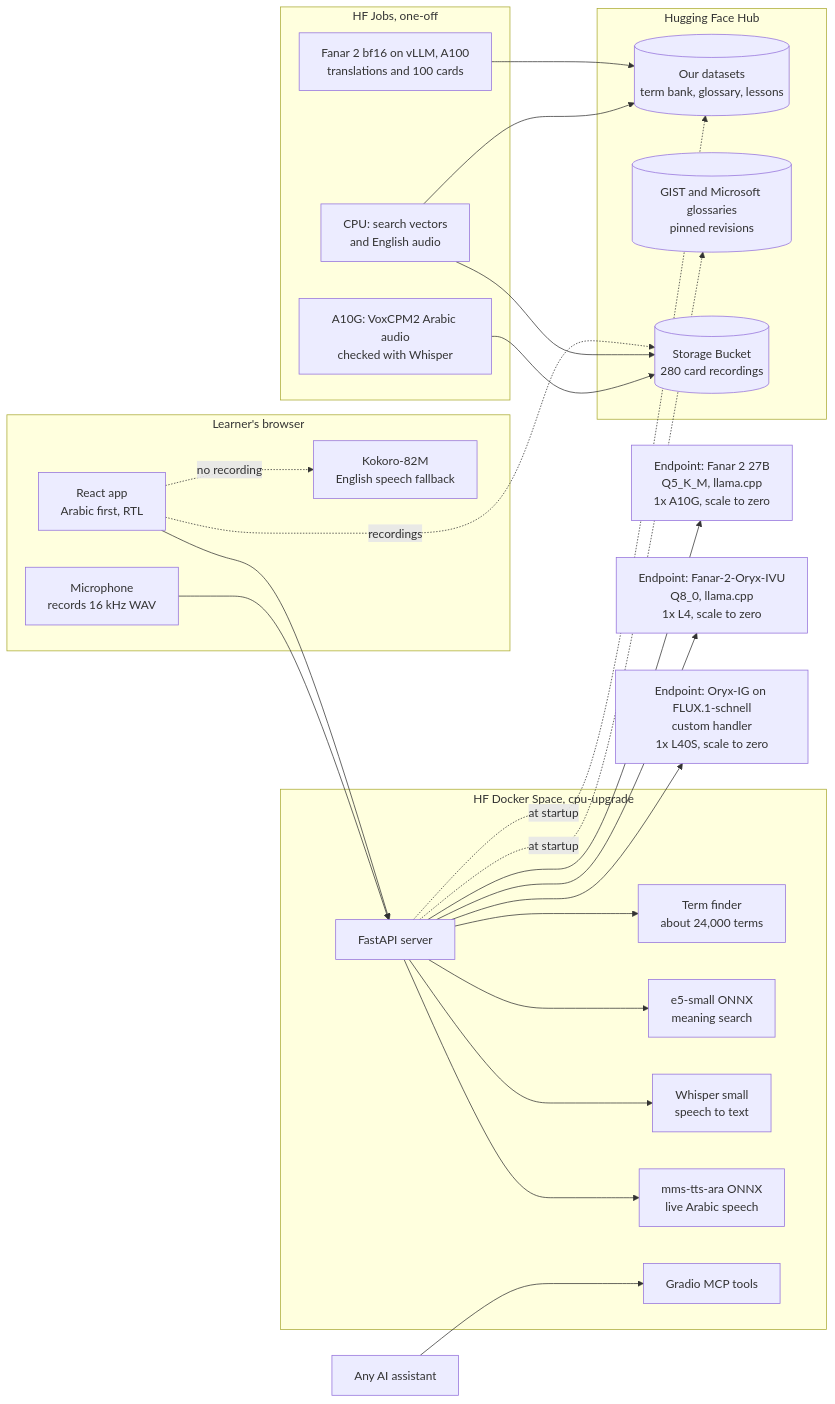
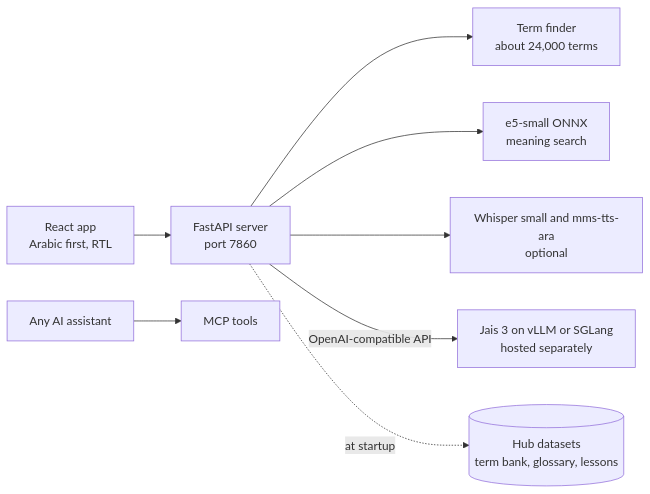
Before and after one commit to AshrafZohdi/arabize-hf: the diagram in README.md, drawn with Mermaid. The commit also changed other lines of this file and 82 other files, not shown here.

First line of the commit message:
Replace Fanar with Jais 3 and redesign the app for a product

````diff
--- a/README.md
+++ b/README.md
@@ -67,41 +60,10 @@
 ```mermaid
 flowchart LR
-  subgraph Browser["Learner's browser"]
-    UI[React app<br/>Arabic first, RTL]
-    MIC[Microphone<br/>records 16 kHz WAV]
-    KJS[Kokoro-82M<br/>English speech fallback]
-  end
-  EXT[Any AI assistant]
-  subgraph Space["HF Docker Space, cpu-upgrade"]
-    API[FastAPI server]
-    TF[Term finder<br/>about 24,000 terms]
-    E5[e5-small ONNX<br/>meaning search]
-    WH[Whisper small<br/>speech to text]
-    MMS[mms-tts-ara ONNX<br/>live Arabic speech]
-    MCP[Gradio MCP tools]
-  end
-  FAN["Endpoint: Fanar 2 27B<br/>Q5_K_M, llama.cpp<br/>1x A10G, scale to zero"]
-  IVU["Endpoint: Fanar-2-Oryx-IVU<br/>Q8_0, llama.cpp<br/>1x L4, scale to zero"]
-  IG["Endpoint: Oryx-IG on FLUX.1-schnell<br/>custom handler<br/>1x L40S, scale to zero"]
-  subgraph Hub["Hugging Face Hub"]
-    DS[(Our datasets<br/>term bank, glossary, lessons)]
-    SRC[(GIST and Microsoft glossaries<br/>pinned revisions)]
-    BK[(Storage Bucket<br/>280 card recordings)]
-  end
-  subgraph Jobs["HF Jobs, one-off"]
-    J1[Fanar 2 bf16 on vLLM, A100<br/>translations and 100 cards]
-    J2[CPU: search vectors<br/>and English audio]
-    J3[A10G: VoxCPM2 Arabic audio<br/>checked with Whisper]
-  end
-  UI --> API
-  MIC --> API
-  UI -.recordings.-> BK
-  UI -.no recording.-> KJS
-  EXT --> MCP
-  API --> FAN & IVU & IG
-  API --> TF & E5 & WH & MMS
-  API -.at startup.-> DS & SRC
-  J1 --> DS
-  J2 --> DS & BK
-  J3 --> BK
+  UI[React app<br/>Arabic first, RTL] --> API[FastAPI server<br/>port 7860]
+  EXT[Any AI assistant] --> MCP[MCP tools]
+  API --> TF[Term finder<br/>about 24,000 terms]
+  API --> E5[e5-small ONNX<br/>meaning search]
+  API --> V[Whisper small and mms-tts-ara<br/>optional]
+  API -- OpenAI-compatible API --> JAIS["Jais 3 on vLLM or SGLang<br/>hosted separately"]
+  API -. at startup .-> HUB[(Hub datasets<br/>term bank, glossary, lessons)]
 ```
````
